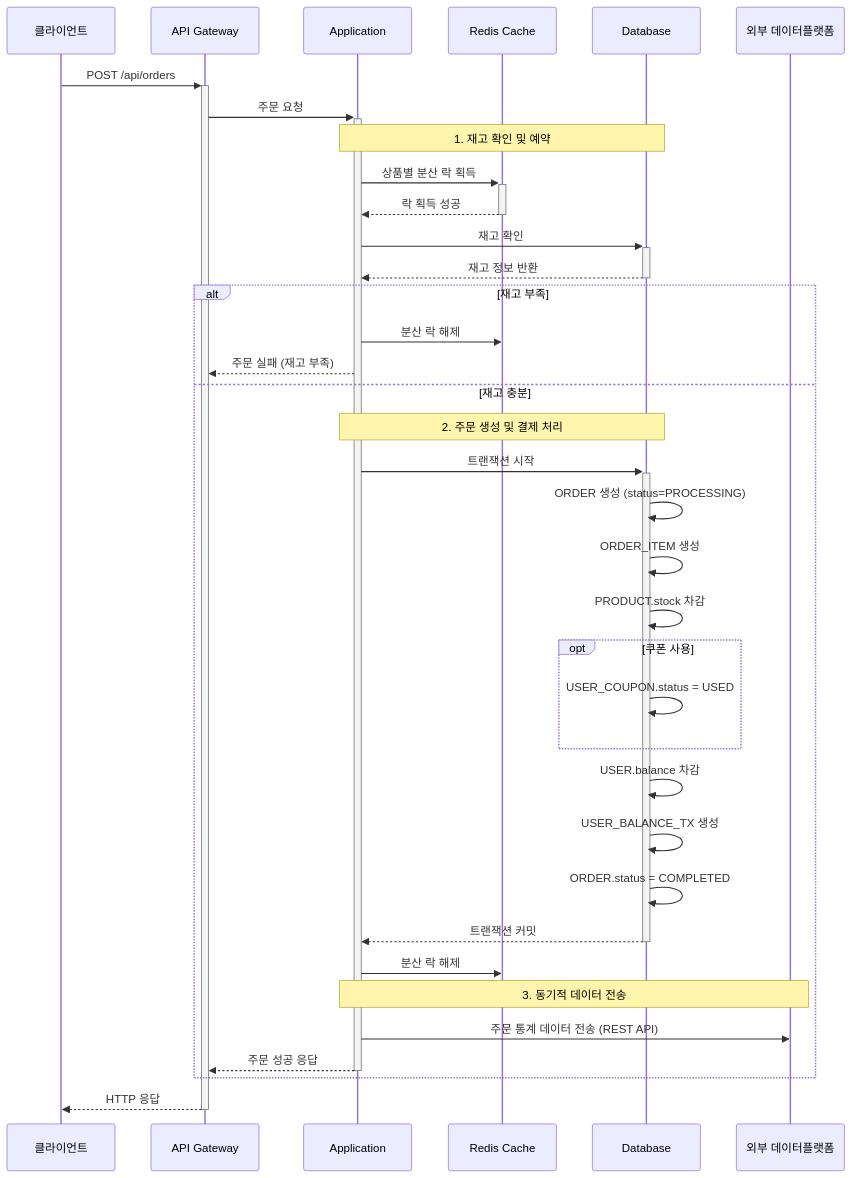
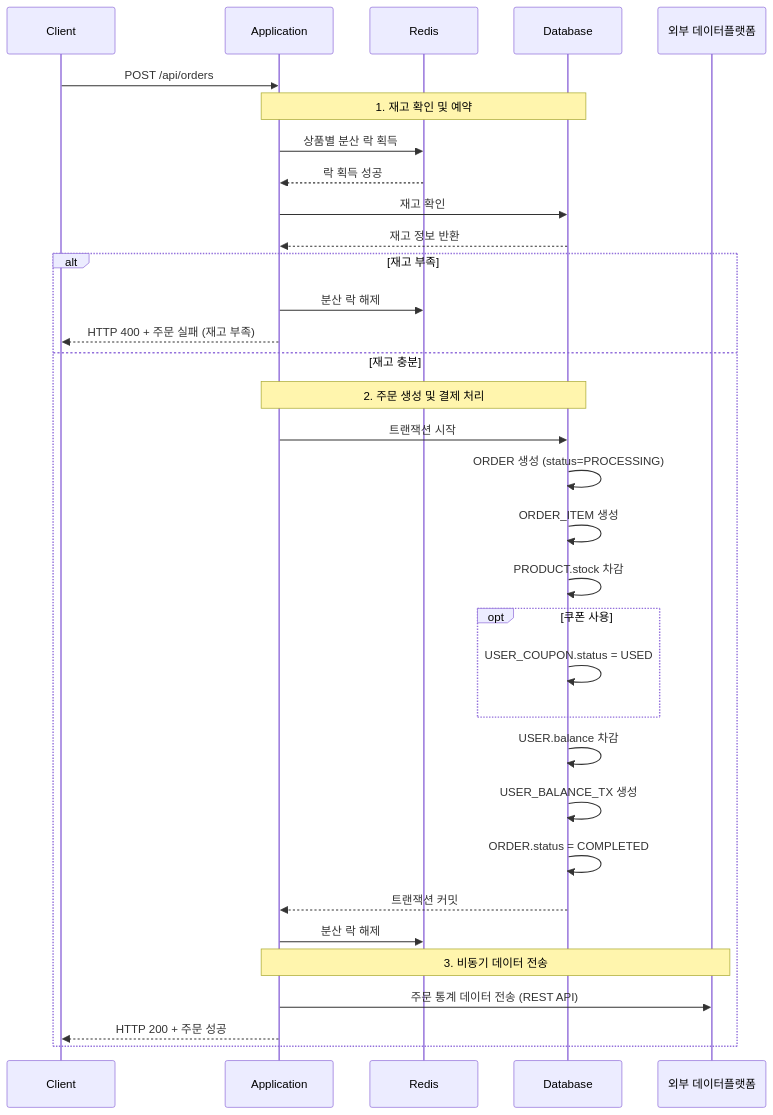
Before and after one commit to yuni02/hhplus-ecommerce: the sixth of 11 diagrams in docs/sequence_diagram.md, drawn with Mermaid. The commit also changed other lines of this file, not shown here.

First line of the commit message:
fix: sequence 다이어그램 수정

````diff
--- a/docs/sequence_diagram.md
+++ b/docs/sequence_diagram.md
@@ -122,48 +116,44 @@
 ```mermaid
 sequenceDiagram
-    participant Client as 클라이언트
-    participant API as API Gateway
+    participant Client as Client
     participant App as Application
-    participant Redis as Redis Cache
+    participant Redis as Redis
     participant DB as Database
     participant External as 외부 데이터플랫폼
 
-    Client->>+API: POST /api/orders
-    API->>+App: 주문 요청
+    Client->>App: POST /api/orders
+    
+    Note over App, DB: 1. 재고 확인 및 예약
+    App->>Redis: 상품별 분산 락 획득
+    Redis-->>App: 락 획득 성공
 
-    Note over App, DB: 1. 재고 확인 및 예약
-    App->>+Redis: 상품별 분산 락 획득
-    Redis-->>-App: 락 획득 성공
-
-    App->>+DB: 재고 확인
-    DB-->>-App: 재고 정보 반환
+    App->>DB: 재고 확인
+    DB-->>App: 재고 정보 반환
 
     alt 재고 부족
         App->>Redis: 분산 락 해제
-        App-->>API: 주문 실패 (재고 부족)
+        App-->>Client: HTTP 400 + 주문 실패 (재고 부족)
     else 재고 충분
         Note over App, DB: 2. 주문 생성 및 결제 처리
-        App->>+DB: 트랜잭션 시작
+        App->>DB: 트랜잭션 시작
         DB->>DB: ORDER 생성 (status=PROCESSING)
         DB->>DB: ORDER_ITEM 생성
         DB->>DB: PRODUCT.stock 차감
 
         opt 쿠폰 사용
             DB->>DB: USER_COUPON.status = USED
         end
 
         DB->>DB: USER.balance 차감
         DB->>DB: USER_BALANCE_TX 생성
         DB->>DB: ORDER.status = COMPLETED
-        DB-->>-App: 트랜잭션 커밋
+        DB-->>App: 트랜잭션 커밋
 
         App->>Redis: 분산 락 해제
 
-        Note over App, External: 3. 동기적 데이터 전송
+        Note over App, External: 3. 비동기 데이터 전송
         App->>External: 주문 통계 데이터 전송 (REST API)
 
-        App-->>-API: 주문 성공 응답
+        App-->>Client: HTTP 200 + 주문 성공
     end
-
-    API-->>-Client: HTTP 응답
 ```
````
